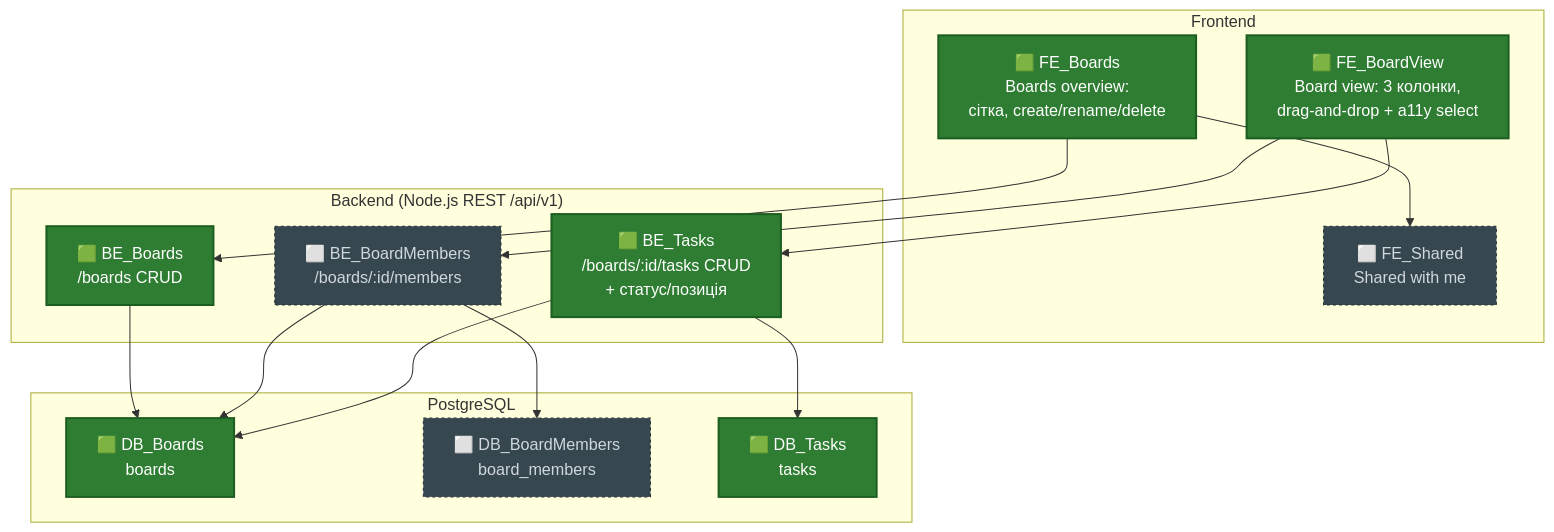
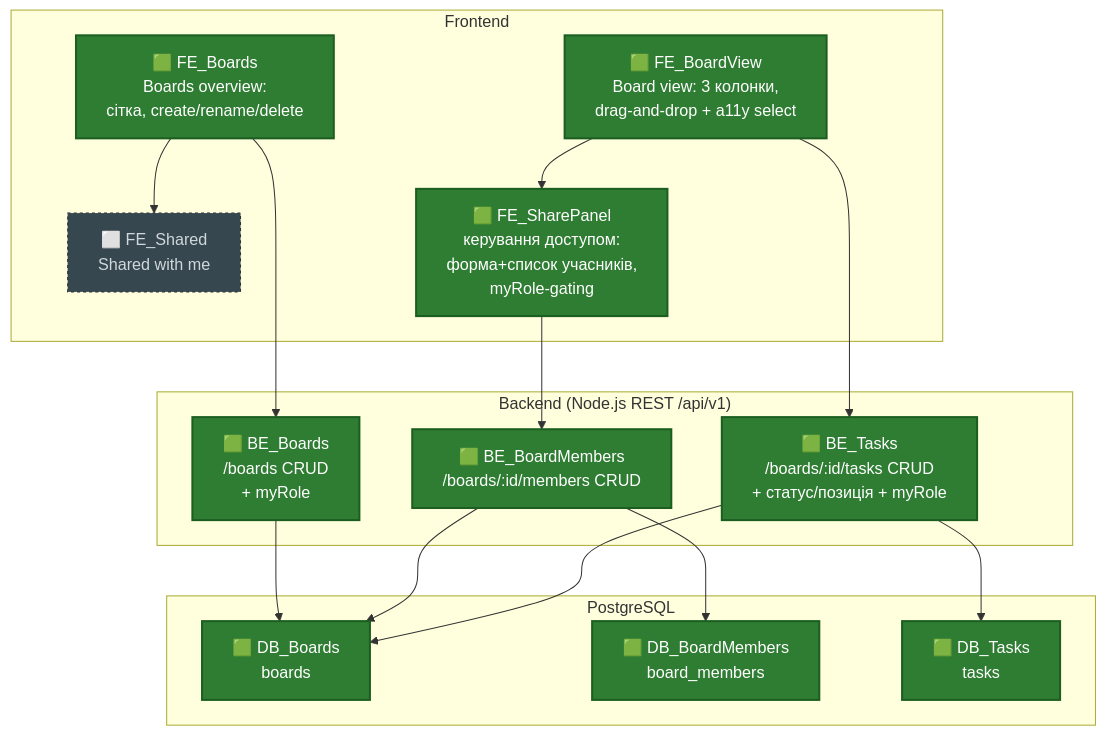
Before and after one commit to ansukhorukova/learn-it: the second of 4 diagrams in PROJECT_MAP.md, drawn with Mermaid. The commit also changed other lines of this file and 2 other files, not shown here.

Commit message:
docs: update PROJECT_MAP.md — Board & Task Sharing (US13-US17) позначено done після Approve з фіксом reindex-leak

````diff
--- a/PROJECT_MAP.md
+++ b/PROJECT_MAP.md
@@ -63,37 +63,39 @@
 ```mermaid
 graph TD
   classDef done fill:#2e7d32,color:#ffffff,stroke:#1b5e20,stroke-width:2px;
   classDef progress fill:#f9a825,color:#1a1a1a,stroke:#f57f17,stroke-width:2px;
   classDef planned fill:#37474f,color:#cfd8dc,stroke:#263238,stroke-width:1px,stroke-dasharray: 3 3;
 
   subgraph FE["Frontend"]
     FE_Boards["🟩 FE_Boards<br/>Boards overview:<br/>сітка, create/rename/delete"]
     FE_Shared["⬜ FE_Shared<br/>Shared with me"]
     FE_BoardView["🟩 FE_BoardView<br/>Board view: 3 колонки,<br/>drag-and-drop + a11y select"]
+    FE_SharePanel["🟩 FE_SharePanel<br/>керування доступом:<br/>форма+список учасників,<br/>myRole-gating"]
   end
 
   subgraph BE["Backend (Node.js REST /api/v1)"]
-    BE_Boards["🟩 BE_Boards<br/>/boards CRUD"]
-    BE_BoardMembers["⬜ BE_BoardMembers<br/>/boards/:id/members"]
-    BE_Tasks["🟩 BE_Tasks<br/>/boards/:id/tasks CRUD<br/>+ статус/позиція"]
+    BE_Boards["🟩 BE_Boards<br/>/boards CRUD<br/>+ myRole"]
+    BE_BoardMembers["🟩 BE_BoardMembers<br/>/boards/:id/members CRUD"]
+    BE_Tasks["🟩 BE_Tasks<br/>/boards/:id/tasks CRUD<br/>+ статус/позиція + myRole"]
   end
 
   subgraph DB["PostgreSQL"]
     DB_Boards["🟩 DB_Boards<br/>boards"]
-    DB_BoardMembers["⬜ DB_BoardMembers<br/>board_members"]
+    DB_BoardMembers["🟩 DB_BoardMembers<br/>board_members"]
     DB_Tasks["🟩 DB_Tasks<br/>tasks"]
   end
 
   FE_Boards --> FE_Shared
   FE_Boards --> BE_Boards
   BE_Boards --> DB_Boards
-  FE_BoardView --> BE_BoardMembers
+  FE_BoardView --> FE_SharePanel
+  FE_SharePanel --> BE_BoardMembers
   BE_BoardMembers --> DB_BoardMembers
   BE_BoardMembers --> DB_Boards
   FE_BoardView --> BE_Tasks
   BE_Tasks --> DB_Tasks
   BE_Tasks --> DB_Boards
 
-  class FE_Boards,FE_BoardView,BE_Boards,BE_Tasks,DB_Boards,DB_Tasks done;
-  class FE_Shared,BE_BoardMembers,DB_BoardMembers planned;
+  class FE_Boards,FE_BoardView,FE_SharePanel,BE_Boards,BE_BoardMembers,BE_Tasks,DB_Boards,DB_BoardMembers,DB_Tasks done;
+  class FE_Shared planned;
 ```
````
